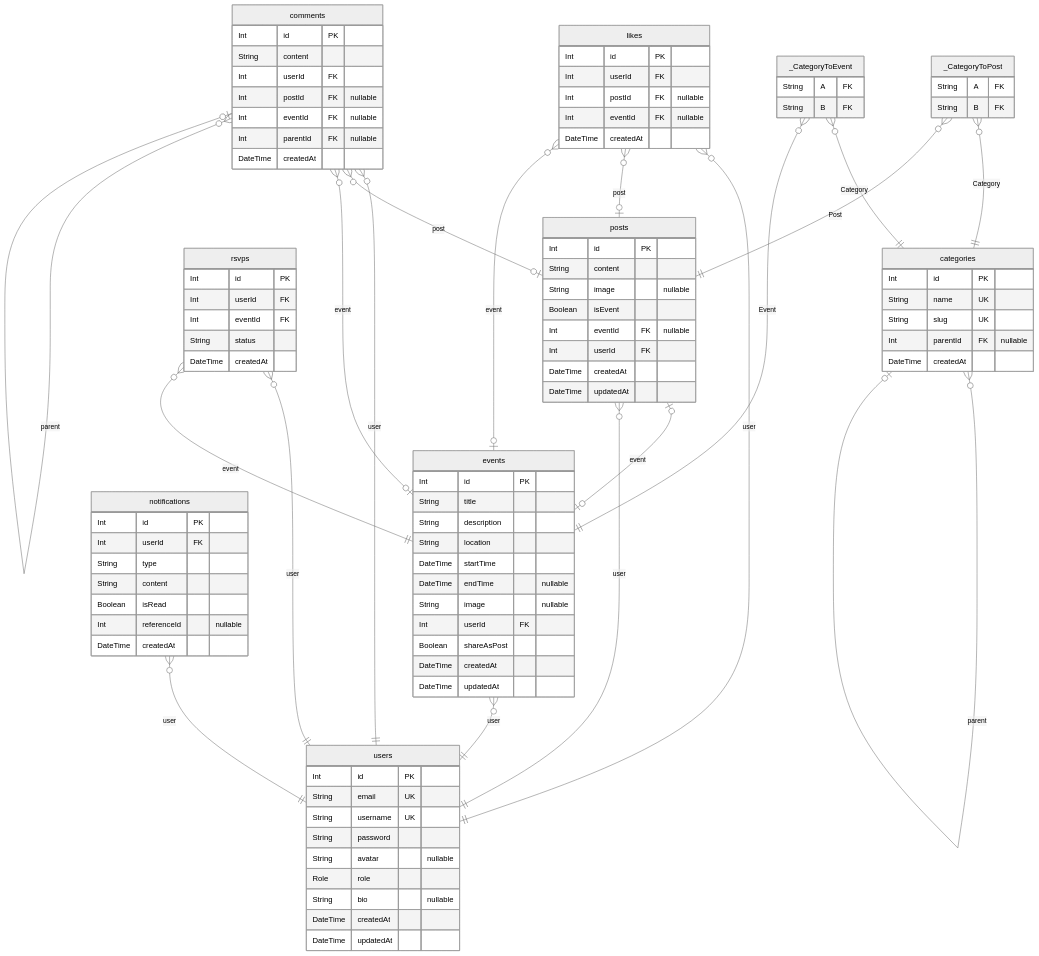
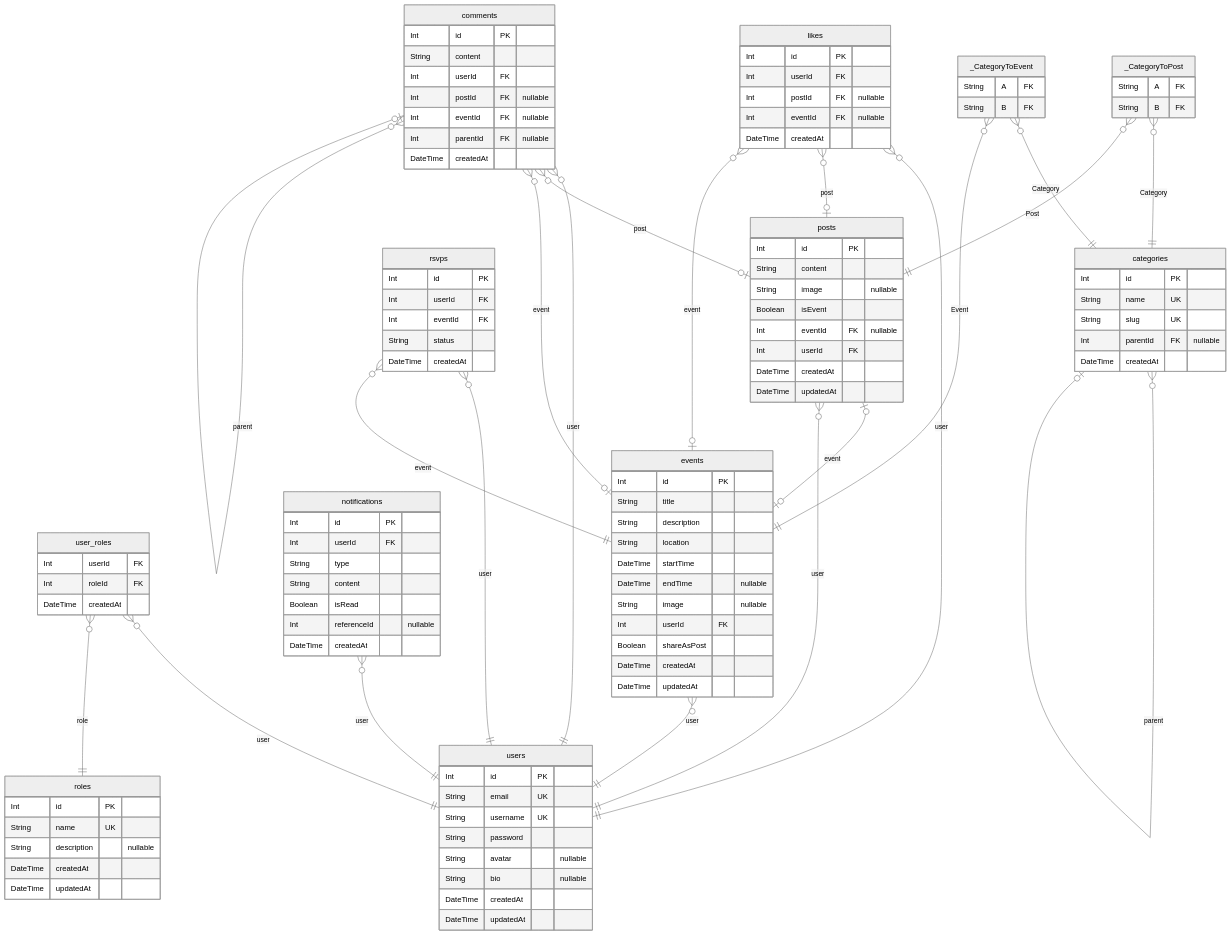
Before and after one commit to Phastboy/nest-auth: the diagram in prisma/ERD.md, drawn with Mermaid (neutral theme). The commit also changed other lines of this file and 982 other files, not shown here.

```diff
--- a/prisma/ERD.md
+++ b/prisma/ERD.md
@@ -12,10 +12,21 @@
   String username UK
   String password
   String avatar "nullable"
-  Role role
   String bio "nullable"
   DateTime createdAt
   DateTime updatedAt
+}
+"roles" {
+  Int id PK
+  String name UK
+  String description "nullable"
+  DateTime createdAt
+  DateTime updatedAt
+}
+"user_roles" {
+  Int userId FK
+  Int roleId FK
+  DateTime createdAt
 }
 "categories" {
   Int id PK
@@ -87,6 +98,8 @@
   String A FK
   String B FK
 }
+"user_roles" }o--|| "users" : user
+"user_roles" }o--|| "roles" : role
 "categories" }o--o| "categories" : parent
 "posts" |o--o| "events" : event
 "posts" }o--|| "users" : user
```
